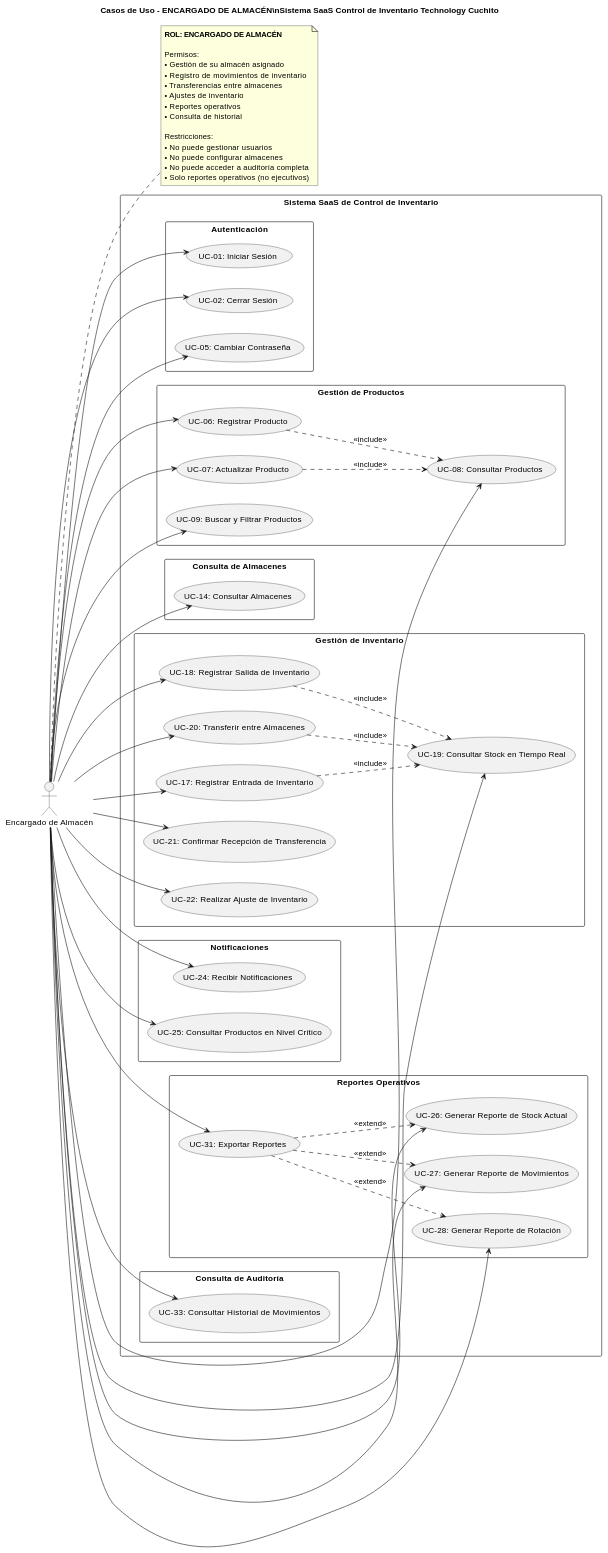
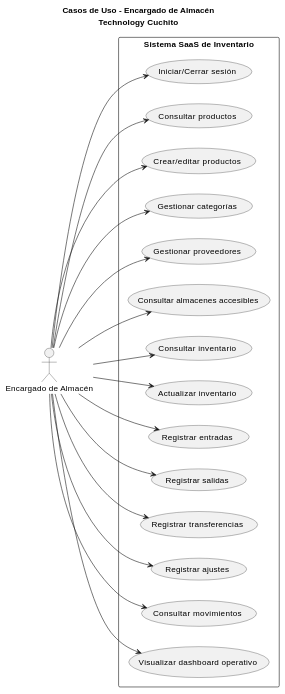
One commit to zcrypt83/technolgy-cuchito changed the diagram in docs/diagrama-casos-uso-encargado.md. Above: the diagram before and after it, drawn with PlantUML. The commit also changed other lines of this file and 31 other files, not shown here.

Commit message:
feat: mejoras de inventario en vivo y diagramas UML del sistema

````diff
--- a/docs/diagrama-casos-uso-encargado.md
+++ b/docs/diagrama-casos-uso-encargado.md
@@ -8,116 +5,43 @@
 ```plantuml
-@startuml casos-uso-encargado-almacen
-
-title Casos de Uso - ENCARGADO DE ALMACÉN\\nSistema SaaS Control de Inventario Technology Cuchito
+@startuml
+title Casos de Uso - Encargado de Almacén\nTechnology Cuchito
 
 left to right direction
 skinparam packageStyle rectangle
 
 actor "Encargado de Almacén" as Encargado
 
-rectangle "Sistema SaaS de Control de Inventario" {
-  
-  package "Autenticación" {
-    usecase "UC-01: Iniciar Sesión" as UC01
-    usecase "UC-02: Cerrar Sesión" as UC02
-    usecase "UC-05: Cambiar Contraseña" as UC05
-  }
-  
-  package "Gestión de Productos" {
-    usecase "UC-06: Registrar Producto" as UC06
-    usecase "UC-07: Actualizar Producto" as UC07
-    usecase "UC-08: Consultar Productos" as UC08
-    usecase "UC-09: Buscar y Filtrar Productos" as UC09
-  }
-  
-  package "Consulta de Almacenes" {
-    usecase "UC-14: Consultar Almacenes" as UC14
-  }
-  
-  package "Gestión de Inventario" {
-    usecase "UC-17: Registrar Entrada de Inventario" as UC17
-    usecase "UC-18: Registrar Salida de Inventario" as UC18
-    usecase "UC-19: Consultar Stock en Tiempo Real" as UC19
-    usecase "UC-20: Transferir entre Almacenes" as UC20
-    usecase "UC-21: Confirmar Recepción de Transferencia" as UC21
-    usecase "UC-22: Realizar Ajuste de Inventario" as UC22
-  }
-  
-  package "Notificaciones" {
-    usecase "UC-24: Recibir Notificaciones" as UC24
-    usecase "UC-25: Consultar Productos en Nivel Crítico" as UC25
-  }
-  
-  package "Reportes Operativos" {
-    usecase "UC-26: Generar Reporte de Stock Actual" as UC26
-    usecase "UC-27: Generar Reporte de Movimientos" as UC27
-    usecase "UC-28: Generar Reporte de Rotación" as UC28
-    usecase "UC-31: Exportar Reportes" as UC31
-  }
-  
-  package "Consulta de Auditoría" {
-    usecase "UC-33: Consultar Historial de Movimientos" as UC33
-  }
+rectangle "Sistema SaaS de Inventario" {
+  usecase "Iniciar/Cerrar sesión" as UC01
+  usecase "Consultar productos" as UC02
+  usecase "Crear/editar productos" as UC03
+  usecase "Gestionar categorías" as UC04
+  usecase "Gestionar proveedores" as UC05
+  usecase "Consultar almacenes accesibles" as UC06
+  usecase "Consultar inventario" as UC07
+  usecase "Actualizar inventario" as UC08
+  usecase "Registrar entradas" as UC09
+  usecase "Registrar salidas" as UC10
+  usecase "Registrar transferencias" as UC11
+  usecase "Registrar ajustes" as UC12
+  usecase "Consultar movimientos" as UC13
+  usecase "Visualizar dashboard operativo" as UC14
 }
 
-' Relaciones del Encargado
 Encargado --> UC01
 Encargado --> UC02
+Encargado --> UC03
+Encargado --> UC04
 Encargado --> UC05
-
 Encargado --> UC06
 Encargado --> UC07
 Encargado --> UC08
 Encargado --> UC09
-
+Encargado --> UC10
+Encargado --> UC11
+Encargado --> UC12
+Encargado --> UC13
 Encargado --> UC14
-
-Encargado --> UC17
-Encargado --> UC18
-Encargado --> UC19
-Encargado --> UC20
-Encargado --> UC21
-Encargado --> UC22
-
-Encargado --> UC24
-Encargado --> UC25
-
-Encargado --> UC26
-Encargado --> UC27
-Encargado --> UC28
-Encargado --> UC31
-
-Encargado --> UC33
-
-' Relaciones Include y Extend
-UC06 ..> UC08 : <<include>>
-UC07 ..> UC08 : <<include>>
-
-UC17 ..> UC19 : <<include>>
-UC18 ..> UC19 : <<include>>
-UC20 ..> UC19 : <<include>>
-
-UC31 ..> UC26 : <<extend>>
-UC31 ..> UC27 : <<extend>>
-UC31 ..> UC28 : <<extend>>
-
-note right of Encargado
-  <b>ROL: ENCARGADO DE ALMACÉN</b>
-  
-  Permisos:
-  • Gestión de su almacén asignado
-  • Registro de movimientos de inventario
-  • Transferencias entre almacenes
-  • Ajustes de inventario
-  • Reportes operativos
-  • Consulta de historial
-  
-  Restricciones:
-  • No puede gestionar usuarios
-  • No puede configurar almacenes
-  • No puede acceder a auditoría completa
-  • Solo reportes operativos (no ejecutivos)
-end note
 
 @enduml
 ```
````
